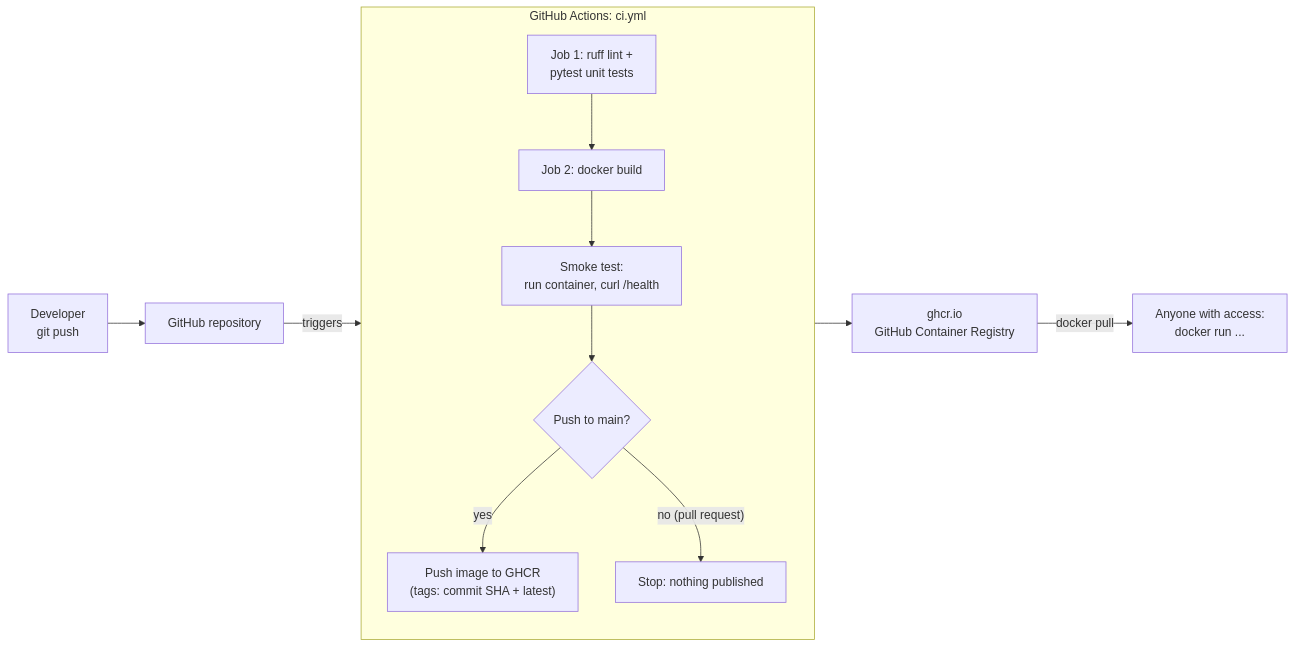
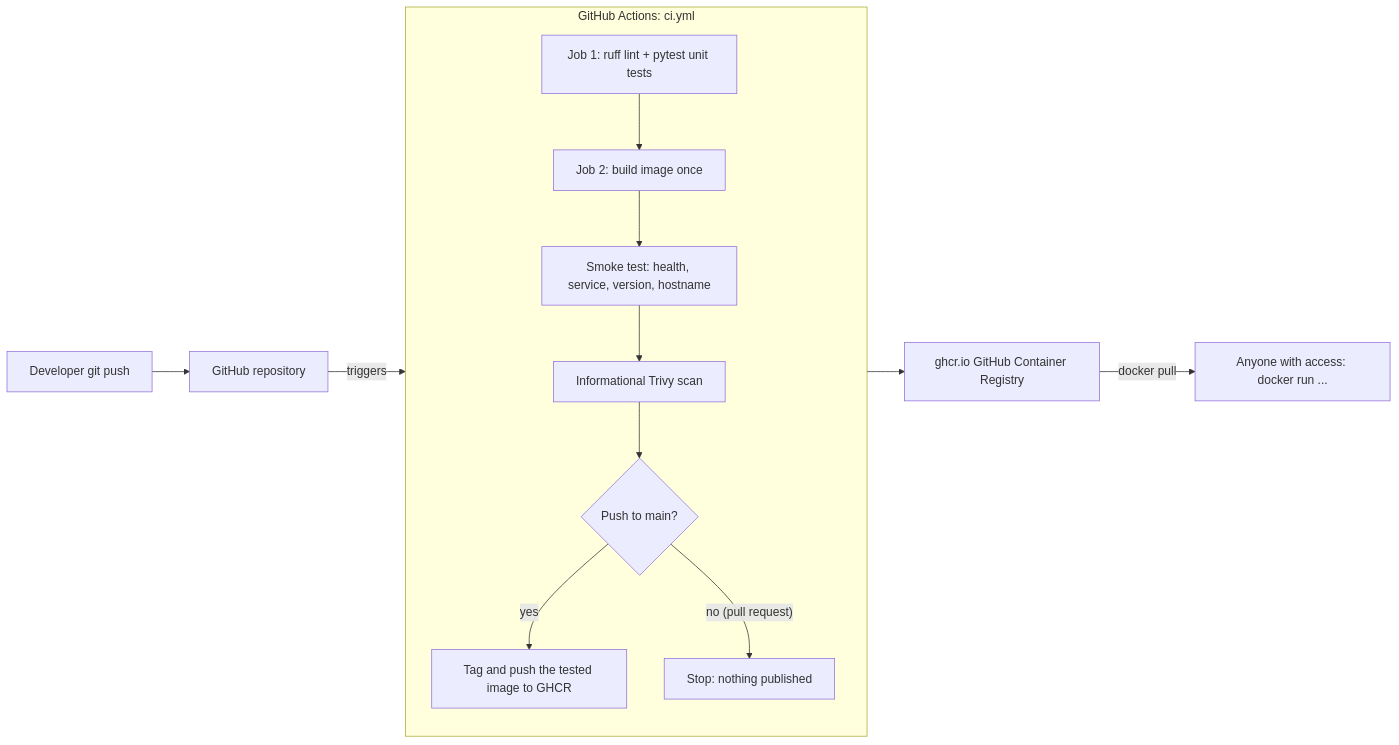
Before and after one commit to Bo-Giles-Projects/docker-cicd-app: the diagram in README.md, drawn with Mermaid. The commit also changed other lines of this file and 11 other files, not shown here.

Commit message:
Publish the tested image and strengthen release verification

````diff
--- a/README.md
+++ b/README.md
@@ -31,17 +31,18 @@
 ```mermaid
 flowchart LR
-    Dev["Developer<br/>git push"] --> GH["GitHub repository"]
+    Dev["Developer git push"] --> GH["GitHub repository"]
     GH -- "triggers" --> CI
 
     subgraph CI["GitHub Actions: ci.yml"]
         direction TB
-        T["Job 1: ruff lint +<br/>pytest unit tests"] --> B["Job 2: docker build"]
-        B --> S["Smoke test:<br/>run container, curl /health"]
-        S --> P{"Push to main?"}
-        P -- "yes" --> PUSH["Push image to GHCR<br/>(tags: commit SHA + latest)"]
+        T["Job 1: ruff lint + pytest unit tests"] --> B["Job 2: build image once"]
+        B --> S["Smoke test: health, service, version, hostname"]
+        S --> V["Informational Trivy scan"]
+        V --> P{"Push to main?"}
+        P -- "yes" --> PUSH["Tag and push the tested image to GHCR"]
         P -- "no (pull request)" --> END["Stop: nothing published"]
     end
 
-    PUSH --> GHCR["ghcr.io<br/>GitHub Container Registry"]
-    GHCR -- "docker pull" --> Run["Anyone with access:<br/>docker run ..."]
+    PUSH --> GHCR["ghcr.io GitHub Container Registry"]
+    GHCR -- "docker pull" --> Run["Anyone with access: docker run ..."]
 ```
````
